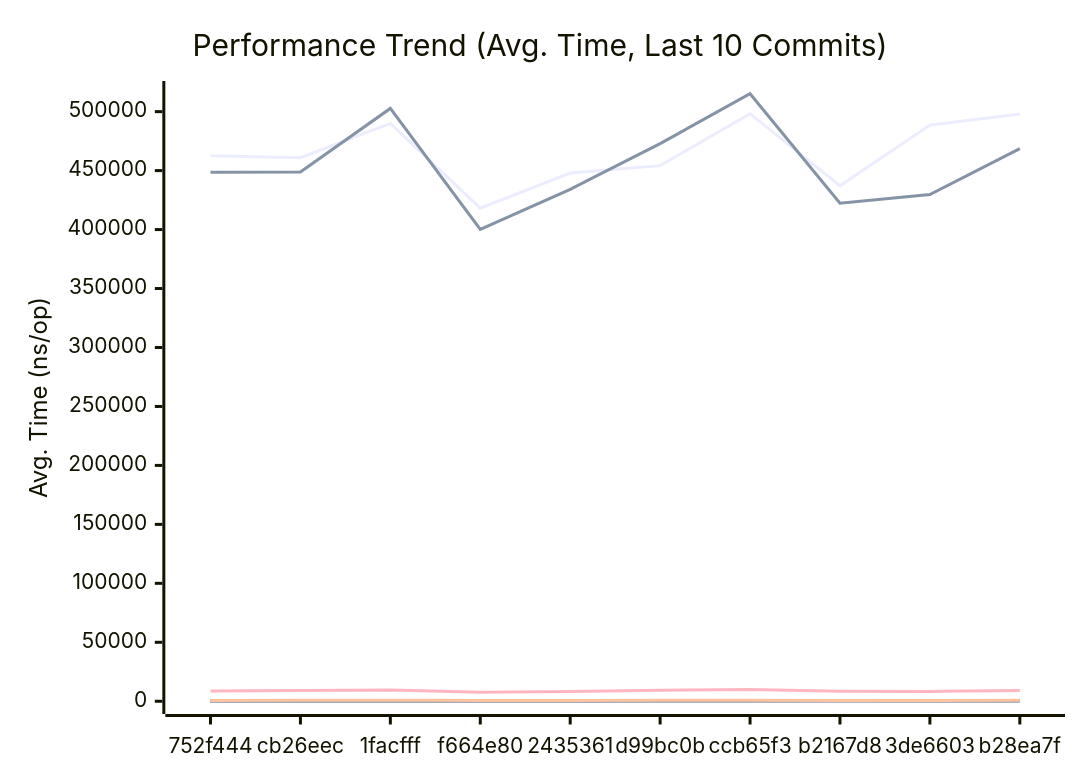
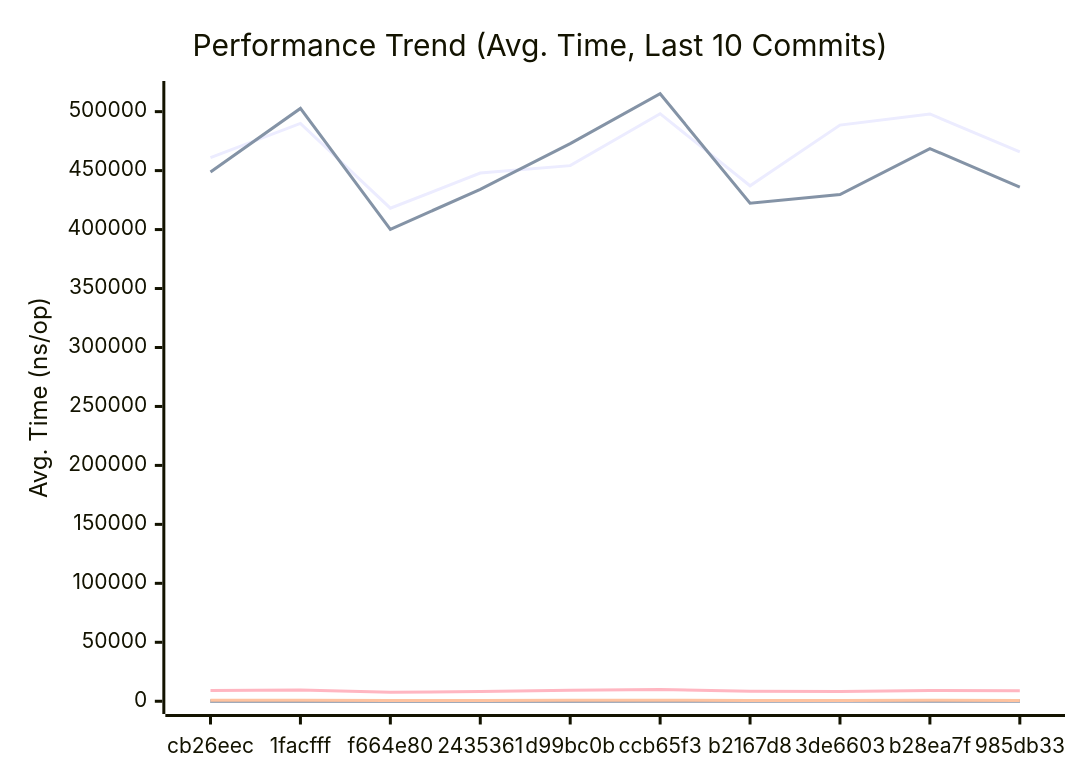
The first of 3 diagrams in docs/PERFORMANCE.md (alsotoes/momo), drawn with Mermaid before and after one commit. The commit also changed other lines of this file and 6 other files, not shown here.

````diff
--- a/docs/PERFORMANCE.md
+++ b/docs/PERFORMANCE.md
@@ -145,20 +145,20 @@
 ```mermaid
 xychart-beta
     title "Performance Trend (Avg. Time, Last 10 Commits)"
     x-axis "Commit"
     y-axis "Avg. Time (ns/op)"
-    x-axis [752f444,cb26eec,1facfff,f664e80,2435361,d99bc0b,ccb65f3,b2167d8,3de6603,b28ea7f]
-    line "AWSChunkedReaderSigned" [462513,460953,489981,418132,447933,454201,498260,437140,488574,498069]
-    line "AWSChunkedReaderUnsigned" [448517,448767,502752,400163,434167,472936,515178,422333,429659,468690]
-    line "CheckMetricsAndSwap" [9,9,10,7,8,11,10,8,8,11]
-    line "CrushOptimized" [424,329,313,300,360,327,392,318,363,314]
-    line "CrushOriginal" [605,462,474,395,414,473,508,433,434,468]
+    x-axis [cb26eec,1facfff,f664e80,2435361,d99bc0b,ccb65f3,b2167d8,3de6603,b28ea7f,985db33]
+    line "AWSChunkedReaderSigned" [460953,489981,418132,447933,454201,498260,437140,488574,498069,465911]
+    line "AWSChunkedReaderUnsigned" [448767,502752,400163,434167,472936,515178,422333,429659,468690,435995]
+    line "CheckMetricsAndSwap" [9,10,7,8,11,10,8,8,11,8]
+    line "CrushOptimized" [329,313,300,360,327,392,318,363,314,313]
+    line "CrushOriginal" [462,474,395,414,473,508,433,434,468,438]
     line "IndexDirectTracking" [0,0,0,0,0,0,0,0,0,0]
-    line "IndexSearch" [3,3,3,3,3,3,3,3,2,2]
-    line "LoadGlobalConfig" [8740,9209,9546,7608,8267,9369,9892,8516,8353,9052]
-    line "PadString" [42,51,49,39,40,55,47,40,42,47]
+    line "IndexSearch" [3,3,3,3,3,3,3,2,2,2]
+    line "LoadGlobalConfig" [9209,9546,7608,8267,9369,9892,8516,8353,9052,8987]
+    line "PadString" [51,49,39,40,55,47,40,42,47,44]
     line "ParseReplicationOrder_NoPrealloc" [350,349,357,354,345,225,229,165,232,234]
     line "ParseReplicationOrder_Prealloc" [229,231,237,234,229,108,107,80,110,109]
-    line "SanitizeLog/Safe" [225,309,240,224,240,236,244,225,243,248]
-    line "SanitizeLog/Unsafe" [741,781,861,650,706,809,898,695,698,749]
+    line "SanitizeLog/Safe" [309,240,224,240,236,244,225,243,248,275]
+    line "SanitizeLog/Unsafe" [781,861,650,706,809,898,695,698,749,710]
 ```
````
